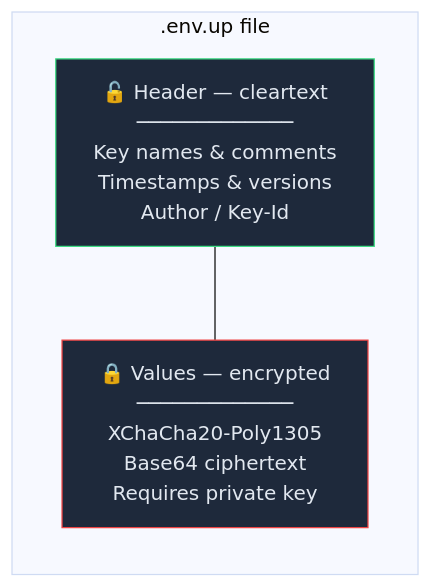
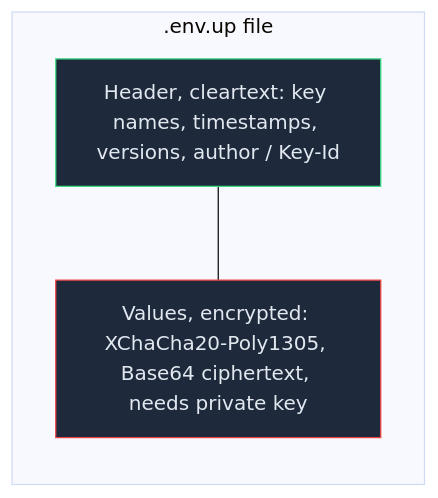
One commit to sarhej/dotenvup changed the fourth of 5 diagrams in README.md. Above: the diagram before and after it, drawn with Mermaid (base theme). The commit also changed other lines of this file and 35 other files, not shown here.

````diff
--- a/README.md
+++ b/README.md
@@ -131,10 +157,10 @@
 ```mermaid
 graph LR
     subgraph ".env.up file"
-        H["🔓 Header — cleartext<br/>─────────────<br/>Key names &amp; comments<br/>Timestamps &amp; versions<br/>Author / Key-Id"]
-        V["🔒 Values — encrypted<br/>─────────────<br/>XChaCha20-Poly1305<br/>Base64 ciphertext<br/>Requires private key"]
+        H["Header, cleartext: key names, timestamps, versions, author / Key-Id"]
+        V["Values, encrypted: XChaCha20-Poly1305, Base64 ciphertext, needs private key"]
     end
     H --- V
     style H fill:#1e293b,stroke:#3DDC84,color:#e2e8f0
     style V fill:#1e293b,stroke:#ef4444,color:#e2e8f0
 ```
````
